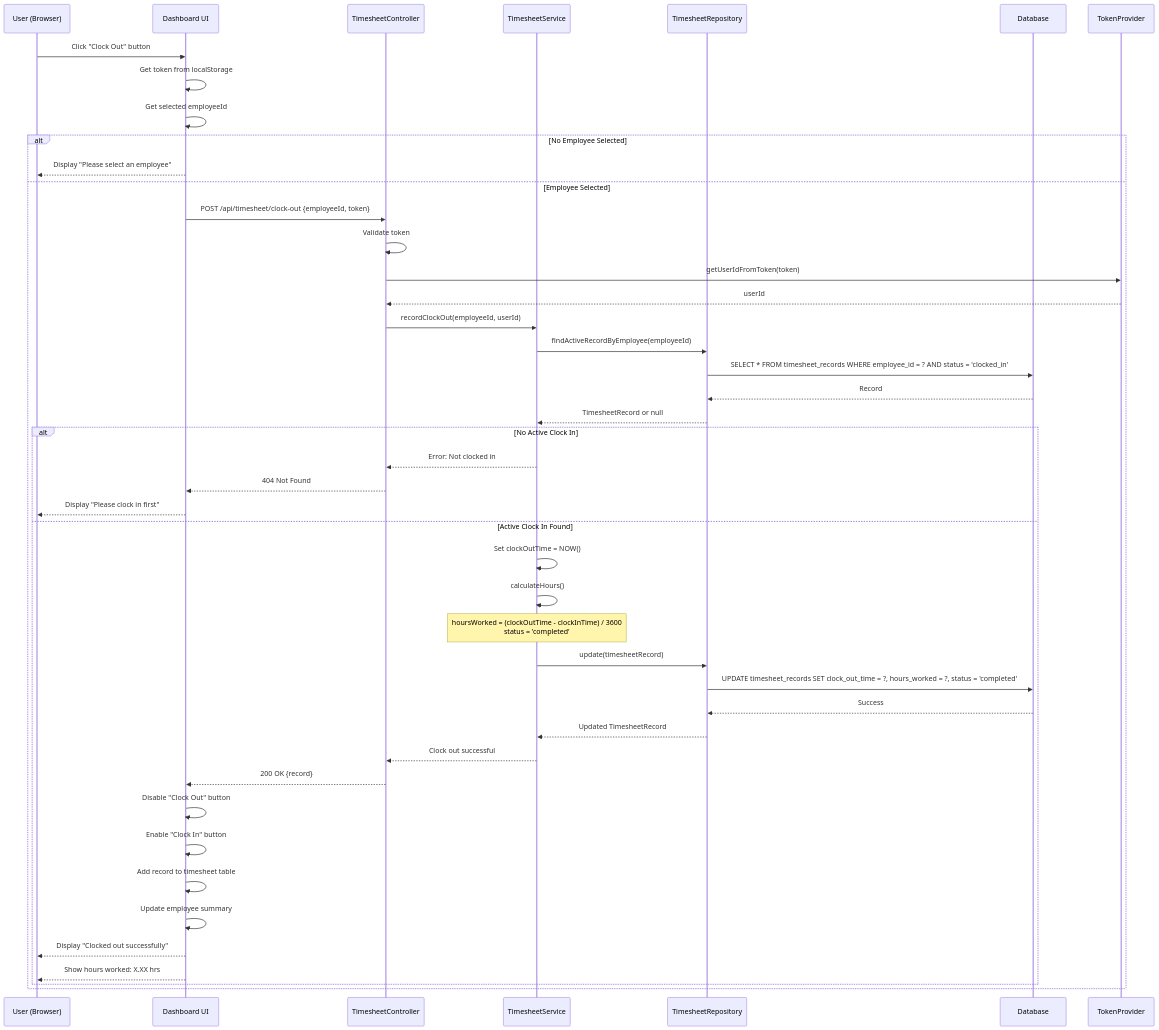
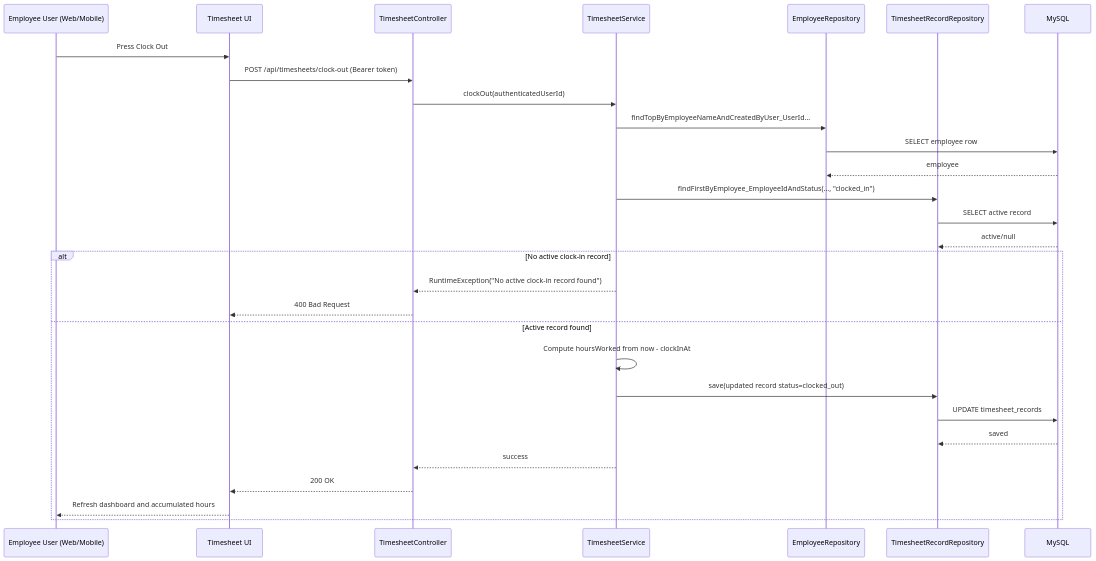
The diagram in docs/sequence-clock-out.mermaid (gintongbarko/IT342_G5_Matsuda_Lab1), drawn with Mermaid before and after one commit. The commit also changed 47 other files, not shown here.

First line of the commit message:
feat: Implement Timesheet functionality with dashboard, clock in/out, and registration enhancements

```diff
--- a/docs/sequence-clock-out.mermaid
+++ b/docs/sequence-clock-out.mermaid
@@ -1,55 +1,33 @@
 sequenceDiagram
-    participant User as User (Browser)
-    participant UI as Dashboard UI
+    participant User as Employee User (Web/Mobile)
+    participant UI as Timesheet UI
     participant TSCtrl as TimesheetController
     participant TSSvc as TimesheetService
-    participant TSRepo as TimesheetRepository
-    participant DB as Database
-    participant Token as TokenProvider
-    
-    User->>UI: Click "Clock Out" button
-    
-    UI->>UI: Get token from localStorage
-    UI->>UI: Get selected employeeId
-    
-    alt No Employee Selected
-        UI-->>User: Display "Please select an employee"
-    else Employee Selected
-        UI->>TSCtrl: POST /api/timesheet/clock-out {employeeId, token}
-        
-        TSCtrl->>TSCtrl: Validate token
-        TSCtrl->>Token: getUserIdFromToken(token)
-        Token-->>TSCtrl: userId
-        
-        TSCtrl->>TSSvc: recordClockOut(employeeId, userId)
-        
-        TSSvc->>TSRepo: findActiveRecordByEmployee(employeeId)
-        TSRepo->>DB: SELECT * FROM timesheet_records WHERE employee_id = ? AND status = 'clocked_in'
-        DB-->>TSRepo: Record
-        TSRepo-->>TSSvc: TimesheetRecord or null
-        
-        alt No Active Clock In
-            TSSvc-->>TSCtrl: Error: Not clocked in
-            TSCtrl-->>UI: 404 Not Found
-            UI-->>User: Display "Please clock in first"
-        else Active Clock In Found
-            TSSvc->>TSSvc: Set clockOutTime = NOW()
-            TSSvc->>TSSvc: calculateHours()
-            Note over TSSvc: hoursWorked = (clockOutTime - clockInTime) / 3600<br/>status = 'completed'
-            
-            TSSvc->>TSRepo: update(timesheetRecord)
-            TSRepo->>DB: UPDATE timesheet_records SET clock_out_time = ?, hours_worked = ?, status = 'completed'
-            DB-->>TSRepo: Success
-            TSRepo-->>TSSvc: Updated TimesheetRecord
-            
-            TSSvc-->>TSCtrl: Clock out successful
-            TSCtrl-->>UI: 200 OK {record}
-            
-            UI->>UI: Disable "Clock Out" button
-            UI->>UI: Enable "Clock In" button
-            UI->>UI: Add record to timesheet table
-            UI->>UI: Update employee summary
-            UI-->>User: Display "Clocked out successfully"
-            UI-->>User: Show hours worked: X.XX hrs
-        end
+    participant EmpRepo as EmployeeRepository
+    participant TSRepo as TimesheetRecordRepository
+    participant DB as MySQL
+
+    User->>UI: Press Clock Out
+    UI->>TSCtrl: POST /api/timesheets/clock-out (Bearer token)
+    TSCtrl->>TSSvc: clockOut(authenticatedUserId)
+
+    TSSvc->>EmpRepo: findTopByEmployeeNameAndCreatedByUser_UserId...
+    EmpRepo->>DB: SELECT employee row
+    DB-->>EmpRepo: employee
+
+    TSSvc->>TSRepo: findFirstByEmployee_EmployeeIdAndStatus(..., "clocked_in")
+    TSRepo->>DB: SELECT active record
+    DB-->>TSRepo: active/null
+
+    alt No active clock-in record
+        TSSvc-->>TSCtrl: RuntimeException("No active clock-in record found")
+        TSCtrl-->>UI: 400 Bad Request
+    else Active record found
+        TSSvc->>TSSvc: Compute hoursWorked from now - clockInAt
+        TSSvc->>TSRepo: save(updated record status=clocked_out)
+        TSRepo->>DB: UPDATE timesheet_records
+        DB-->>TSRepo: saved
+        TSSvc-->>TSCtrl: success
+        TSCtrl-->>UI: 200 OK
+        UI-->>User: Refresh dashboard and accumulated hours
     end
```
